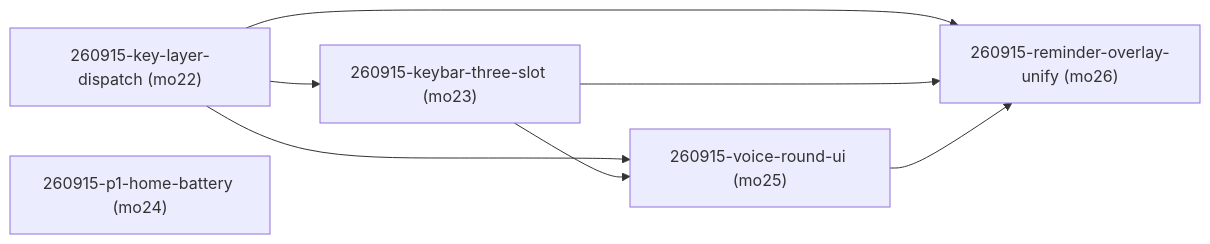
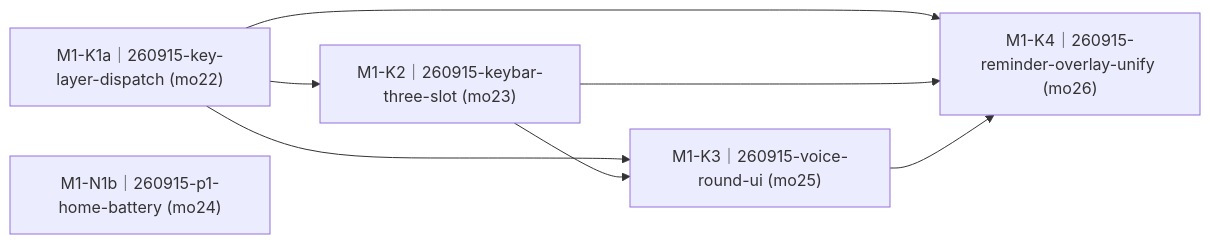
The diagram in delivery/workstreams/m1-home-qa/roadmap.md (fandanpeng/KidPal), drawn with Mermaid before and after one commit. The commit also changed other lines of this file, not shown here.

First line of the commit message:
chore(delivery): m1-home-qa roadmap 重渲染——列车图接入显示编号（M1-K1a/N1b/K2/K3/K4）

````diff
--- a/delivery/workstreams/m1-home-qa/roadmap.md
+++ b/delivery/workstreams/m1-home-qa/roadmap.md
@@ -22,17 +24,17 @@
 ```mermaid
 graph LR
-  260915_key_layer_dispatch["260915-key-layer-dispatch (mo22)"]
-  260915_keybar_three_slot["260915-keybar-three-slot (mo23)"]
-  260915_p1_home_battery["260915-p1-home-battery (mo24)"]
-  260915_voice_round_ui["260915-voice-round-ui (mo25)"]
-  260915_reminder_overlay_unify["260915-reminder-overlay-unify (mo26)"]
+  260915_key_layer_dispatch["M1-K1a｜260915-key-layer-dispatch (mo22)"]
+  260915_keybar_three_slot["M1-K2｜260915-keybar-three-slot (mo23)"]
+  260915_p1_home_battery["M1-N1b｜260915-p1-home-battery (mo24)"]
+  260915_voice_round_ui["M1-K3｜260915-voice-round-ui (mo25)"]
+  260915_reminder_overlay_unify["M1-K4｜260915-reminder-overlay-unify (mo26)"]
   260915_key_layer_dispatch --> 260915_keybar_three_slot
   260915_key_layer_dispatch --> 260915_voice_round_ui
   260915_keybar_three_slot --> 260915_voice_round_ui
   260915_key_layer_dispatch --> 260915_reminder_overlay_unify
   260915_keybar_three_slot --> 260915_reminder_overlay_unify
   260915_voice_round_ui --> 260915_reminder_overlay_unify
   classDef achieved fill:#e6f4ea,stroke:#34a853
   classDef deviation fill:#fce8e6,stroke:#ea4335
   classDef external stroke-dasharray: 4 3,color:#5f6368
 ```
````
